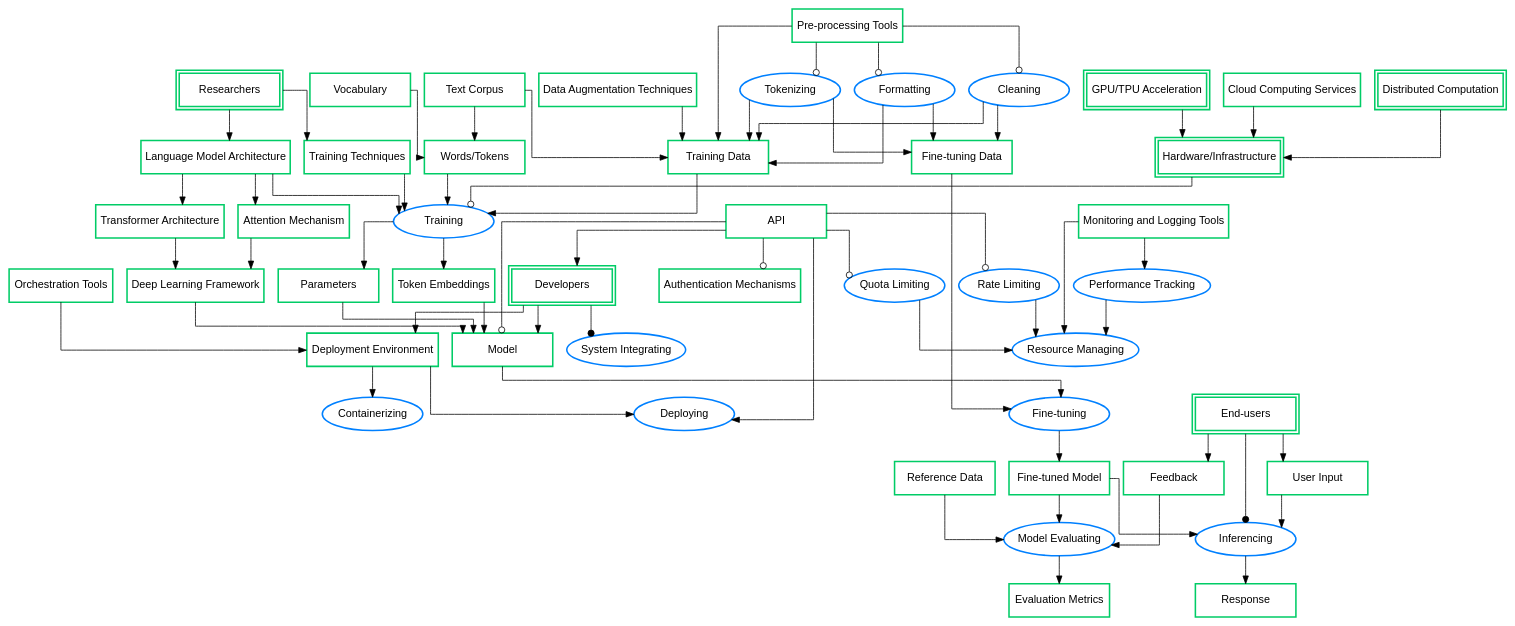
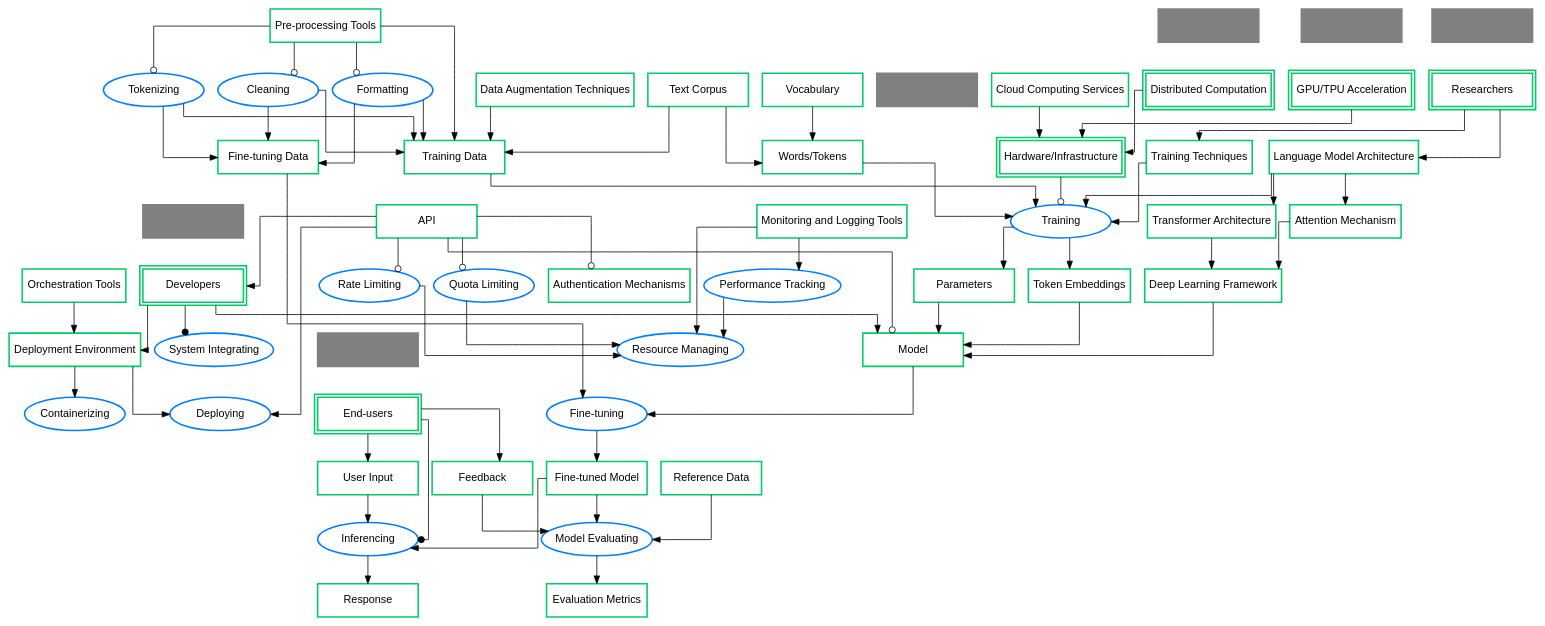
One commit to frameadvisors/simpleATRA changed the diagram in llm_roadmap/LLM_OPM/llm_OPM.gv. Above: the diagram before and after it, drawn with Graphviz. The commit also changed 1 other file, not shown here.

```diff
--- a/llm_roadmap/LLM_OPM/llm_OPM.gv
+++ b/llm_roadmap/LLM_OPM/llm_OPM.gv
@@ -1,115 +1,127 @@
 digraph {
 	graph [fontname=Arial ratio=compress splines=ortho]
 	node [fontname=Arial]
 	edge [fontname=Arial]
+	A1_shadow [label="" color=gray fillcolor=gray height=0.6 penwidth=2.0 pos="1.1,0.9!" shape=box style=filled width=1.8]
+	A1_shadow -> A1 [style=invis]
 	A1 [label=Developers color="#00cc66" fillcolor=white height=0.6 penwidth=2.0 peripheries=2 shape=box style=filled width=1.8]
 	A2 [label=API color="#00cc66" fillcolor=white height=0.6 penwidth=2.0 peripheries=1 shape=box style=filled width=1.8]
 	A3 [label="Language Model Architecture" color="#00cc66" fillcolor=white height=0.6 penwidth=2.0 peripheries=1 shape=box style=filled width=1.8]
 	A4 [label="Attention Mechanism" color="#00cc66" fillcolor=white height=0.6 penwidth=2.0 peripheries=1 shape=box style=filled width=1.8]
 	A5 [label="Authentication Mechanisms" color="#00cc66" fillcolor=white height=0.6 penwidth=2.0 peripheries=1 shape=box style=filled width=1.8]
 	A6 [label="Pre-processing Tools" color="#00cc66" fillcolor=white height=0.6 penwidth=2.0 peripheries=1 shape=box style=filled width=1.8]
 	A7 [label=Cleaning color="#0080ff" fillcolor=white height=0.6 penwidth=2.0 peripheries=1 shape=ellipse style=filled width=1.8]
 	A8 [label="Deployment Environment" color="#00cc66" fillcolor=white height=0.6 penwidth=2.0 peripheries=1 shape=box style=filled width=1.8]
 	A9 [label=Containerizing color="#0080ff" fillcolor=white height=0.6 penwidth=2.0 peripheries=1 shape=ellipse style=filled width=1.8]
 	A10 [label="Training Data" color="#00cc66" fillcolor=white height=0.6 penwidth=2.0 peripheries=1 shape=box style=filled width=1.8]
 	A11 [label="Data Augmentation Techniques" color="#00cc66" fillcolor=white height=0.6 penwidth=2.0 peripheries=1 shape=box style=filled width=1.8]
 	A12 [label=Model color="#00cc66" fillcolor=white height=0.6 penwidth=2.0 peripheries=1 shape=box style=filled width=1.8]
 	A13 [label="Deep Learning Framework" color="#00cc66" fillcolor=white height=0.6 penwidth=2.0 peripheries=1 shape=box style=filled width=1.8]
 	A14 [label="System Integrating" color="#0080ff" fillcolor=white height=0.6 penwidth=2.0 peripheries=1 shape=ellipse style=filled width=1.8]
 	A15 [label=Feedback color="#00cc66" fillcolor=white height=0.6 penwidth=2.0 peripheries=1 shape=box style=filled width=1.8]
+	A16_shadow [label="" color=gray fillcolor=gray height=0.6 penwidth=2.0 pos="16.1,15.9!" shape=box style=filled width=1.8]
+	A16_shadow -> A16 [style=invis]
 	A16 [label="End-users" color="#00cc66" fillcolor=white height=0.6 penwidth=2.0 peripheries=2 shape=box style=filled width=1.8]
 	A17 [label="User Input" color="#00cc66" fillcolor=white height=0.6 penwidth=2.0 peripheries=1 shape=box style=filled width=1.8]
 	A18 [label="Model Evaluating" color="#0080ff" fillcolor=white height=0.6 penwidth=2.0 peripheries=1 shape=ellipse style=filled width=1.8]
 	A19 [label=Inferencing color="#0080ff" fillcolor=white height=0.6 penwidth=2.0 peripheries=1 shape=ellipse style=filled width=1.8]
 	A20 [label="Fine-tuned Model" color="#00cc66" fillcolor=white height=0.6 penwidth=2.0 peripheries=1 shape=box style=filled width=1.8]
 	A21 [label="Fine-tuning" color="#0080ff" fillcolor=white height=0.6 penwidth=2.0 peripheries=1 shape=ellipse style=filled width=1.8]
 	A22 [label="Fine-tuning Data" color="#00cc66" fillcolor=white height=0.6 penwidth=2.0 peripheries=1 shape=box style=filled width=1.8]
 	A23 [label=Formatting color="#0080ff" fillcolor=white height=0.6 penwidth=2.0 peripheries=1 shape=ellipse style=filled width=1.8]
+	A24_shadow [label="" color=gray fillcolor=gray height=0.6 penwidth=2.0 pos="24.1,23.9!" shape=box style=filled width=1.8]
+	A24_shadow -> A24 [style=invis]
 	A24 [label="GPU/TPU Acceleration" color="#00cc66" fillcolor=white height=0.6 penwidth=2.0 peripheries=2 shape=box style=filled width=1.8]
+	A25_shadow [label="" color=gray fillcolor=gray height=0.6 penwidth=2.0 pos="25.1,24.9!" shape=box style=filled width=1.8]
+	A25_shadow -> A25 [style=invis]
 	A25 [label="Hardware/Infrastructure" color="#00cc66" fillcolor=white height=0.6 penwidth=2.0 peripheries=2 shape=box style=filled width=1.8]
 	A26 [label="Cloud Computing Services" color="#00cc66" fillcolor=white height=0.6 penwidth=2.0 peripheries=1 shape=box style=filled width=1.8]
+	A27_shadow [label="" color=gray fillcolor=gray height=0.6 penwidth=2.0 pos="27.1,26.9!" shape=box style=filled width=1.8]
+	A27_shadow -> A27 [style=invis]
 	A27 [label="Distributed Computation" color="#00cc66" fillcolor=white height=0.6 penwidth=2.0 peripheries=2 shape=box style=filled width=1.8]
 	A28 [label=Training color="#0080ff" fillcolor=white height=0.6 penwidth=2.0 peripheries=1 shape=ellipse style=filled width=1.8]
 	A29 [label=Response color="#00cc66" fillcolor=white height=0.6 penwidth=2.0 peripheries=1 shape=box style=filled width=1.8]
 	A30 [label="Evaluation Metrics" color="#00cc66" fillcolor=white height=0.6 penwidth=2.0 peripheries=1 shape=box style=filled width=1.8]
 	A31 [label="Performance Tracking" color="#0080ff" fillcolor=white height=0.6 penwidth=2.0 peripheries=1 shape=ellipse style=filled width=1.8]
 	A32 [label="Monitoring and Logging Tools" color="#00cc66" fillcolor=white height=0.6 penwidth=2.0 peripheries=1 shape=box style=filled width=1.8]
 	A33 [label="Orchestration Tools" color="#00cc66" fillcolor=white height=0.6 penwidth=2.0 peripheries=1 shape=box style=filled width=1.8]
 	A34 [label=Parameters color="#00cc66" fillcolor=white height=0.6 penwidth=2.0 peripheries=1 shape=box style=filled width=1.8]
 	A35 [label="Quota Limiting" color="#0080ff" fillcolor=white height=0.6 penwidth=2.0 peripheries=1 shape=ellipse style=filled width=1.8]
 	A36 [label="Rate Limiting" color="#0080ff" fillcolor=white height=0.6 penwidth=2.0 peripheries=1 shape=ellipse style=filled width=1.8]
 	A37 [label="Reference Data" color="#00cc66" fillcolor=white height=0.6 penwidth=2.0 peripheries=1 shape=box style=filled width=1.8]
+	A38_shadow [label="" color=gray fillcolor=gray height=0.6 penwidth=2.0 pos="38.1,37.9!" shape=box style=filled width=1.8]
+	A38_shadow -> A38 [style=invis]
 	A38 [label=Researchers color="#00cc66" fillcolor=white height=0.6 penwidth=2.0 peripheries=2 shape=box style=filled width=1.8]
 	A39 [label="Training Techniques" color="#00cc66" fillcolor=white height=0.6 penwidth=2.0 peripheries=1 shape=box style=filled width=1.8]
 	A40 [label=Deploying color="#0080ff" fillcolor=white height=0.6 penwidth=2.0 peripheries=1 shape=ellipse style=filled width=1.8]
 	A41 [label="Text Corpus" color="#00cc66" fillcolor=white height=0.6 penwidth=2.0 peripheries=1 shape=box style=filled width=1.8]
 	A42 [label="Token Embeddings" color="#00cc66" fillcolor=white height=0.6 penwidth=2.0 peripheries=1 shape=box style=filled width=1.8]
 	A43 [label=Tokenizing color="#0080ff" fillcolor=white height=0.6 penwidth=2.0 peripheries=1 shape=ellipse style=filled width=1.8]
 	A44 [label="Transformer Architecture" color="#00cc66" fillcolor=white height=0.6 penwidth=2.0 peripheries=1 shape=box style=filled width=1.8]
 	A45 [label="Words/Tokens" color="#00cc66" fillcolor=white height=0.6 penwidth=2.0 peripheries=1 shape=box style=filled width=1.8]
 	A46 [label=Vocabulary color="#00cc66" fillcolor=white height=0.6 penwidth=2.0 peripheries=1 shape=box style=filled width=1.8]
 	A47 [label="Resource Managing" color="#0080ff" fillcolor=white height=0.6 penwidth=2.0 peripheries=1 shape=ellipse style=filled width=1.8]
 	A2 -> A1 [arrowhead=normal]
 	A3 -> A4 [arrowhead=normal]
 	A2 -> A5 [arrowhead=odot]
 	A6 -> A7 [arrowhead=odot]
 	A8 -> A9 [arrowhead=normal]
 	A11 -> A10 [arrowhead=normal]
 	A13 -> A12 [arrowhead=normal]
 	A1 -> A8 [arrowhead=normal]
 	A1 -> A12 [arrowhead=normal]
 	A1 -> A14 [arrowhead=dot]
 	A16 -> A15 [arrowhead=normal]
 	A16 -> A17 [arrowhead=normal]
 	A15 -> A18 [arrowhead=normal]
 	A20 -> A19 [arrowhead=normal]
 	A20 -> A18 [arrowhead=normal]
 	A21 -> A20 [arrowhead=normal]
 	A22 -> A21 [arrowhead=normal]
 	A6 -> A23 [arrowhead=odot]
 	A24 -> A25 [arrowhead=normal]
 	A26 -> A25 [arrowhead=normal]
 	A27 -> A25 [arrowhead=normal]
 	A25 -> A28 [arrowhead=odot]
 	A16 -> A19 [arrowhead=dot]
 	A19 -> A29 [arrowhead=normal]
 	A2 -> A12 [arrowhead=odot]
 	A3 -> A28 [arrowhead=normal]
 	A12 -> A21 [arrowhead=normal]
 	A18 -> A30 [arrowhead=normal]
 	A32 -> A31 [arrowhead=normal]
 	A33 -> A8 [arrowhead=normal]
 	A34 -> A12 [arrowhead=normal]
 	A28 -> A34 [arrowhead=normal]
 	A6 -> A10 [arrowhead=normal]
 	A2 -> A35 [arrowhead=odot]
 	A2 -> A36 [arrowhead=odot]
 	A37 -> A18 [arrowhead=normal]
 	A38 -> A3 [arrowhead=normal]
 	A38 -> A39 [arrowhead=normal]
 	A39 -> A28 [arrowhead=normal]
 	A2 -> A40 [arrowhead=normal]
 	A41 -> A10 [arrowhead=normal]
 	A42 -> A12 [arrowhead=normal]
 	A28 -> A42 [arrowhead=normal]
 	A6 -> A43 [arrowhead=odot]
 	A10 -> A28 [arrowhead=normal]
 	A3 -> A44 [arrowhead=normal]
 	A17 -> A19 [arrowhead=normal]
 	A41 -> A45 [arrowhead=normal]
 	A45 -> A28 [arrowhead=normal]
 	A46 -> A45 [arrowhead=normal]
 	A4 -> A13 [arrowhead=normal]
 	A44 -> A13 [arrowhead=normal]
 	A8 -> A40 [arrowhead=normal]
 	A35 -> A47 [arrowhead=normal]
 	A36 -> A47 [arrowhead=normal]
 	A32 -> A47 [arrowhead=normal]
 	A31 -> A47 [arrowhead=normal]
 	A43 -> A10 [arrowhead=normal]
 	A23 -> A10 [arrowhead=normal]
 	A7 -> A10 [arrowhead=normal]
 	A43 -> A22 [arrowhead=normal]
 	A23 -> A22 [arrowhead=normal]
 	A7 -> A22 [arrowhead=normal]
 }
```
